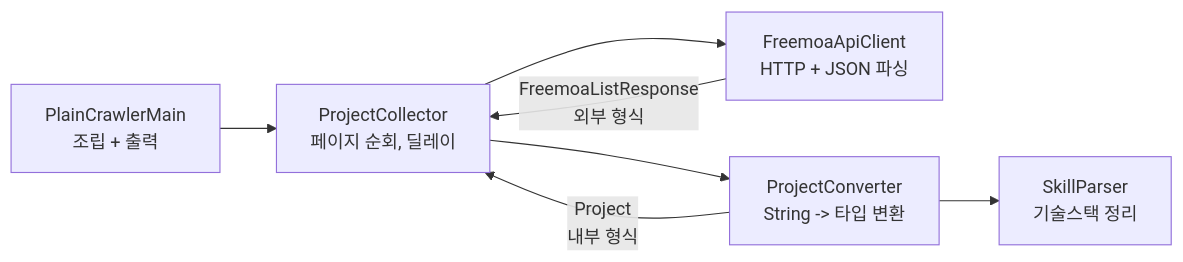
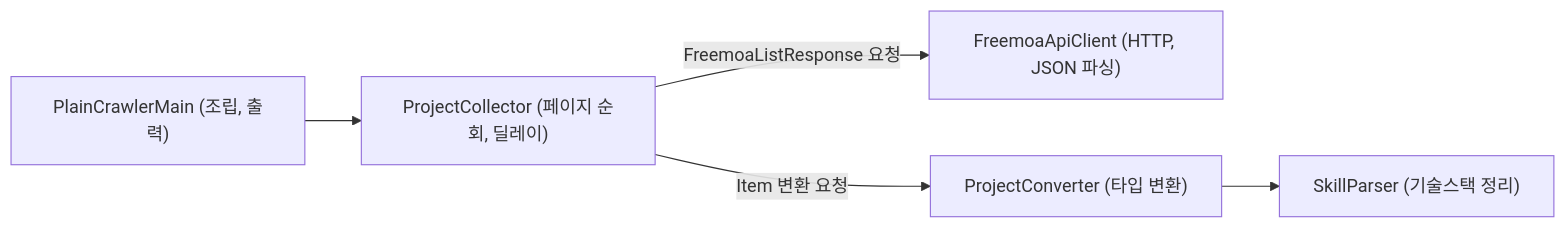
The diagram in docs/02-plain-java-crawler.md (lhk9311/00.freemoa_crawler), drawn with Mermaid before and after one commit. The commit also changed 17 other files, not shown here.

````diff
--- a/docs/02-plain-java-crawler.md
+++ b/docs/02-plain-java-crawler.md
@@ -9,9 +9,13 @@
 ```mermaid
 flowchart LR
-    Main[PlainCrawlerMain<br/>조립 + 출력] --> Collector[ProjectCollector<br/>페이지 순회, 딜레이]
-    Collector --> Client[FreemoaApiClient<br/>HTTP + JSON 파싱]
-    Collector --> Converter[ProjectConverter<br/>String -> 타입 변환]
-    Converter --> Parser[SkillParser<br/>기술스택 정리]
-    Client -->|FreemoaListResponse<br/>외부 형식| Collector
-    Converter -->|Project<br/>내부 형식| Collector
+    Main["PlainCrawlerMain (조립, 출력)"]
+    Collector["ProjectCollector (페이지 순회, 딜레이)"]
+    Client["FreemoaApiClient (HTTP, JSON 파싱)"]
+    Converter["ProjectConverter (타입 변환)"]
+    Parser["SkillParser (기술스택 정리)"]
+
+    Main --> Collector
+    Collector -- "FreemoaListResponse 요청" --> Client
+    Collector -- "Item 변환 요청" --> Converter
+    Converter --> Parser
 ```
````
